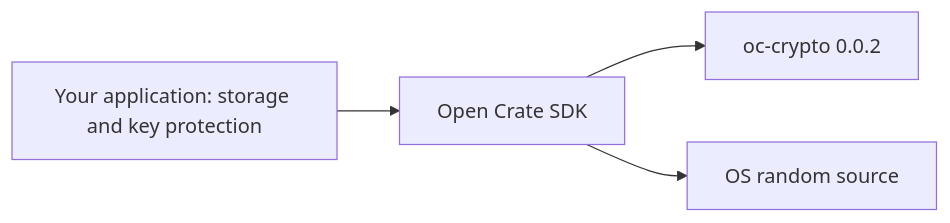
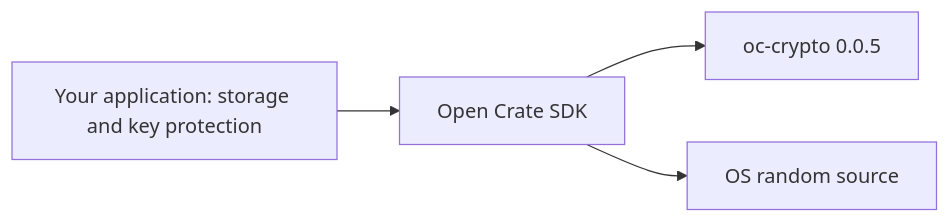
One commit to AlexiAxAxA/OpenCrateSDK changed the diagram in docs/architecture.md. Above: the diagram before and after it, drawn with Mermaid. The commit also changed other lines of this file and 22 other files, not shown here.

First line of the commit message:
MPL-2.0, clearer SDK comments and registry crypto 0.0.5 (#3)

````diff
--- a/docs/architecture.md
+++ b/docs/architecture.md
@@ -15,6 +15,6 @@
 ```mermaid
 flowchart LR
   App[Your application: storage and key protection] --> SDK[Open Crate SDK]
-  SDK --> Core[oc-crypto 0.0.2]
+  SDK --> Core[oc-crypto 0.0.5]
   SDK --> OS[OS random source]
 ```
````
